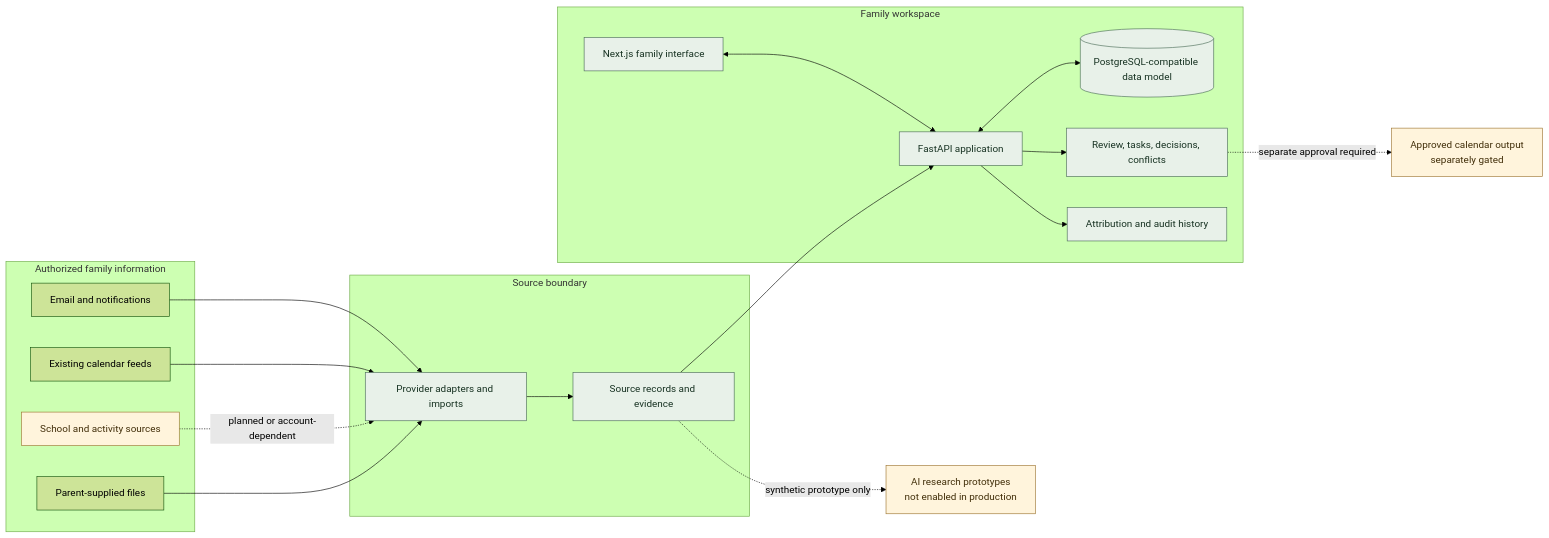
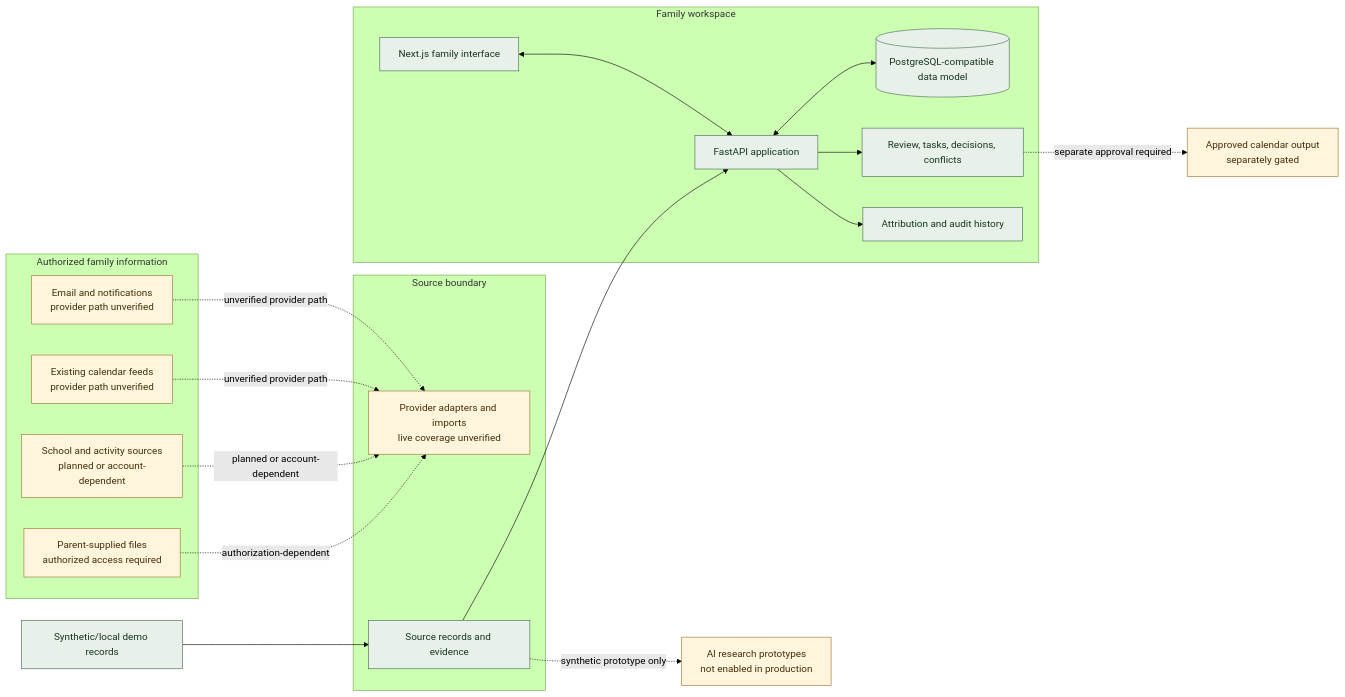
Before and after one commit to n1416y/dacodac-showcase: the diagram in docs/architecture.md, drawn with Mermaid (forest theme). The commit also changed other lines of this file, not shown here.

Commit message:
Clarify showcase docs/architecture.md

````diff
--- a/docs/architecture.md
+++ b/docs/architecture.md
@@ -9,42 +9,44 @@
 ```mermaid
 flowchart LR
   subgraph Inputs[Authorized family information]
-    Mail[Email and notifications]
-    Calendar[Existing calendar feeds]
-    School[School and activity sources]
-    Import[Parent-supplied files]
+    Mail[Email and notifications<br/>provider path unverified]
+    Calendar[Existing calendar feeds<br/>provider path unverified]
+    School[School and activity sources<br/>planned or account-dependent]
+    Import[Parent-supplied files<br/>authorized access required]
   end
 
   subgraph Intake[Source boundary]
-    Adapters[Provider adapters and imports]
+    Adapters[Provider adapters and imports<br/>live coverage unverified]
     Evidence[Source records and evidence]
   end
 
   subgraph Core[Family workspace]
     Web[Next.js family interface]
     API[FastAPI application]
     Store[(PostgreSQL-compatible data model)]
     Review[Review, tasks, decisions, conflicts]
     Audit[Attribution and audit history]
   end
 
+  Demo[Synthetic/local demo records]
   AI[AI research prototypes\nnot enabled in production]
   Writer[Approved calendar output\nseparately gated]
 
-  Mail --> Adapters
-  Calendar --> Adapters
+  Mail -. unverified provider path .-> Adapters
+  Calendar -. unverified provider path .-> Adapters
   School -. planned or account-dependent .-> Adapters
-  Import --> Adapters
-  Adapters --> Evidence --> API
+  Import -. authorization-dependent .-> Adapters
+  Demo --> Evidence
+  Evidence --> API
   Web <--> API
   API <--> Store
   API --> Review
   API --> Audit
   Evidence -. synthetic prototype only .-> AI
   Review -. separate approval required .-> Writer
 
   classDef current fill:#e8f1e9,stroke:#496b56,color:#173222;
   classDef gated fill:#fff4dc,stroke:#9c7430,color:#422f0a;
-  class Web,API,Store,Review,Audit,Adapters,Evidence current;
-  class AI,Writer,School gated;
+  class Web,API,Store,Review,Audit,Evidence,Demo current;
+  class AI,Writer,School,Mail,Calendar,Import,Adapters gated;
 ```
````
